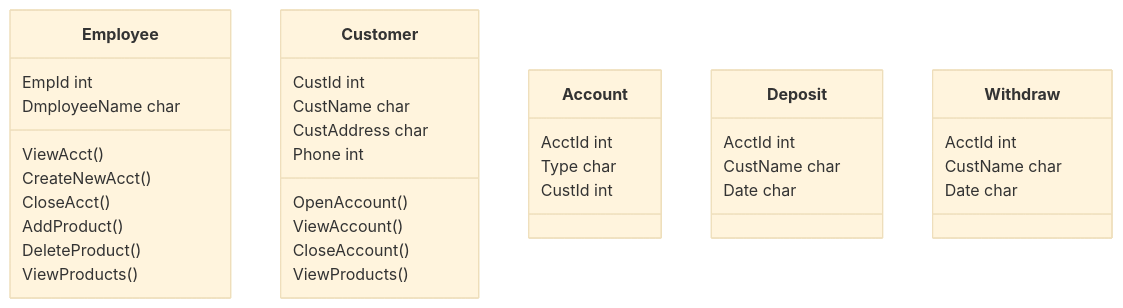
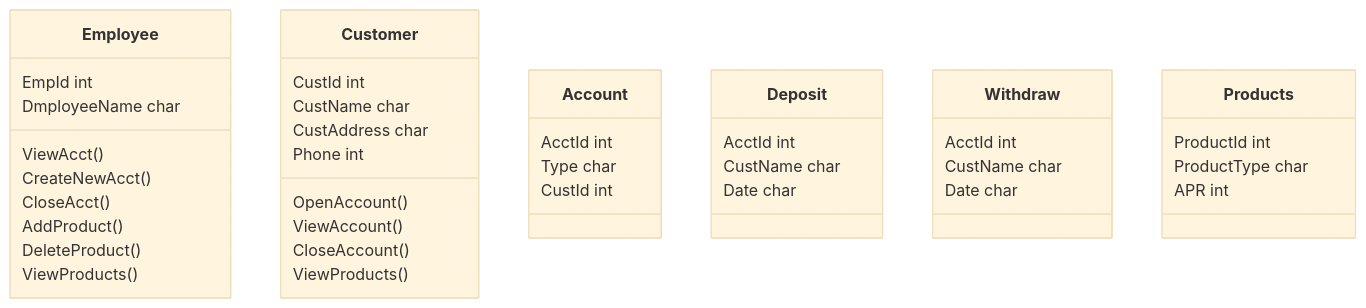
The diagram in mermaid.md (Marcus-Snell/Test), drawn with Mermaid (base theme) before and after one commit.

````diff
--- a/mermaid.md
+++ b/mermaid.md
@@ -1,37 +1,42 @@
 ```mermaid
 classDiagram
 Employee 
 Employee : EmpId int
 Employee : DmployeeName char
 Employee : ViewAcct()
 Employee : CreateNewAcct()
 Employee : CloseAcct()
 Employee : AddProduct()
 Employee : DeleteProduct()
 Employee : ViewProducts()
 
 Customer
 Customer : CustId int
 Customer : CustName char
 Customer : CustAddress char
 Customer : Phone int
 Customer : OpenAccount()
 Customer : ViewAccount()
 Customer : CloseAccount()
 Customer : ViewProducts()
 
 Account
 Account : AcctId int
 Account : Type char
 Account : CustId int
 
 Deposit
 Deposit : AcctId int
 Deposit : CustName char
 Deposit : Date char
 
 Withdraw
 Withdraw : AcctId int
 Withdraw : CustName char
 Withdraw : Date char
+
+Products
+Products : ProductId int
+Products : ProductType char
+Products : APR int
 ```
````
